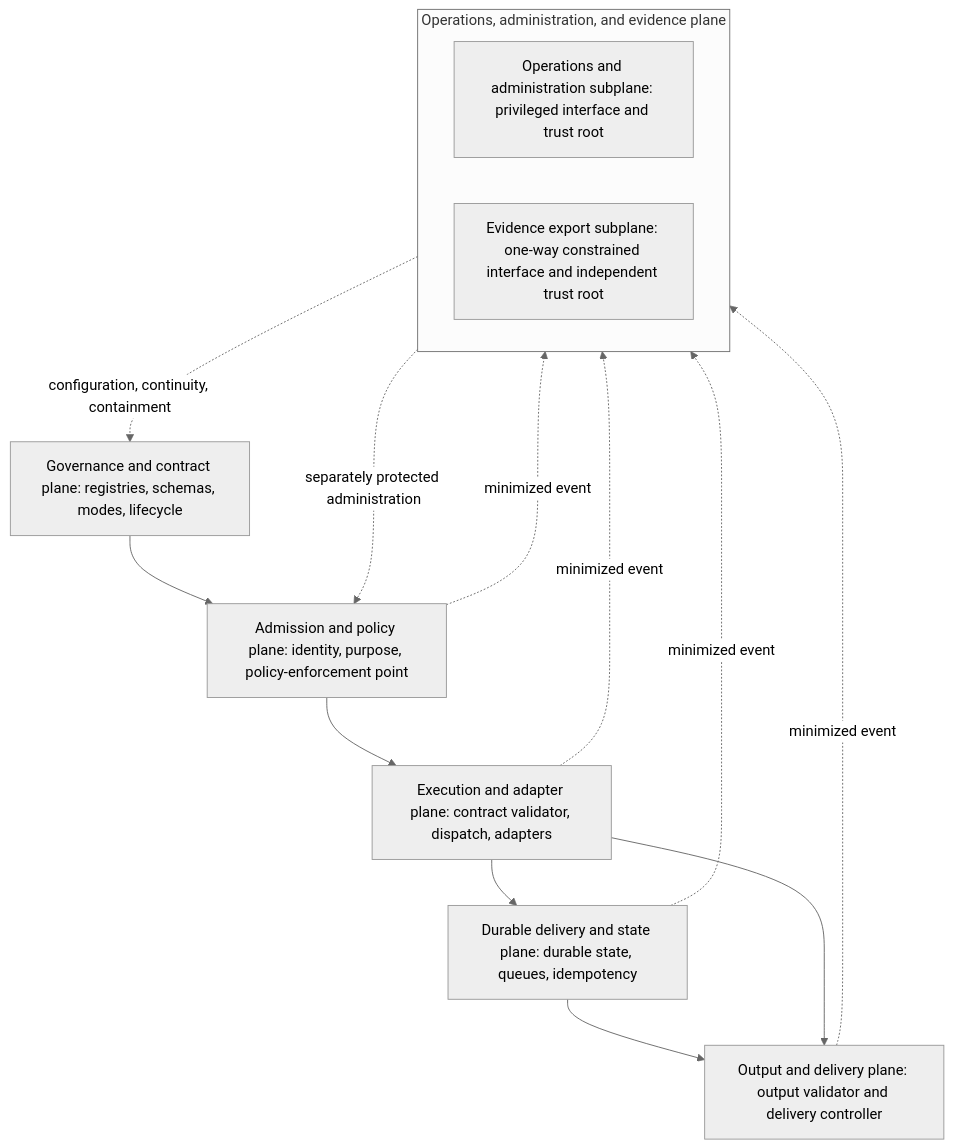
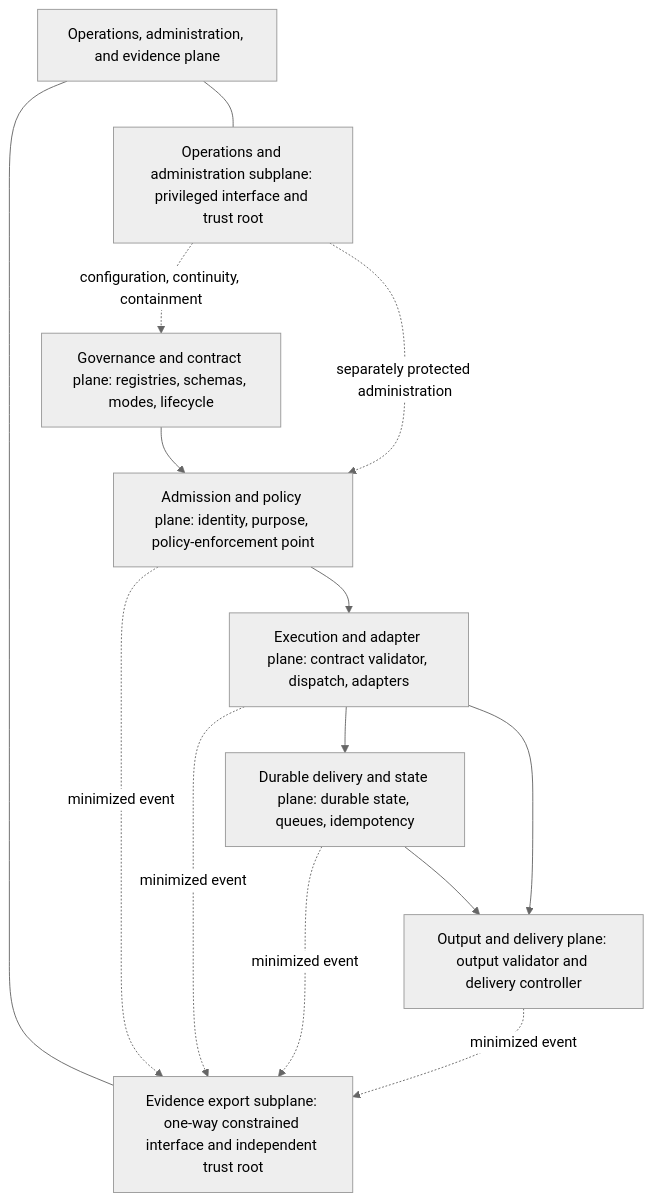
Before and after one commit to tdistress/ESAF: the third of 7 diagrams in architectures/patterns/ARC-P150.md, drawn with Mermaid (neutral theme). The commit also changed 2 other files, not shown here.

Commit message:
Fix Mermaid readability review findings

````diff
--- a/architectures/patterns/ARC-P150.md
+++ b/architectures/patterns/ARC-P150.md
@@ -105,21 +105,21 @@
 ```mermaid
 flowchart TB
   G["Governance and contract plane: registries, schemas, modes, lifecycle"]
   A["Admission and policy plane: identity, purpose, policy-enforcement point"]
   X["Execution and adapter plane: contract validator, dispatch, adapters"]
   D["Durable delivery and state plane: durable state, queues, idempotency"]
   O["Output and delivery plane: output validator and delivery controller"]
+  OPS["Operations, administration, and evidence plane"]
+  AD["Operations and administration subplane: privileged interface and trust root"]
+  EV["Evidence export subplane: one-way constrained interface and independent trust root"]
   G --> A --> X --> D --> O
   X --> O
-  subgraph OPS["Operations, administration, and evidence plane"]
-    direction LR
-    AD["Operations and administration subplane: privileged interface and trust root"]
-    EV["Evidence export subplane: one-way constrained interface and independent trust root"]
-  end
+  OPS --- AD
+  OPS --- EV
   AD -. "configuration, continuity, containment" .-> G
   AD -. "separately protected administration" .-> A
   A -. "minimized event" .-> EV
   X -. "minimized event" .-> EV
   D -. "minimized event" .-> EV
   O -. "minimized event" .-> EV
 ```
````
